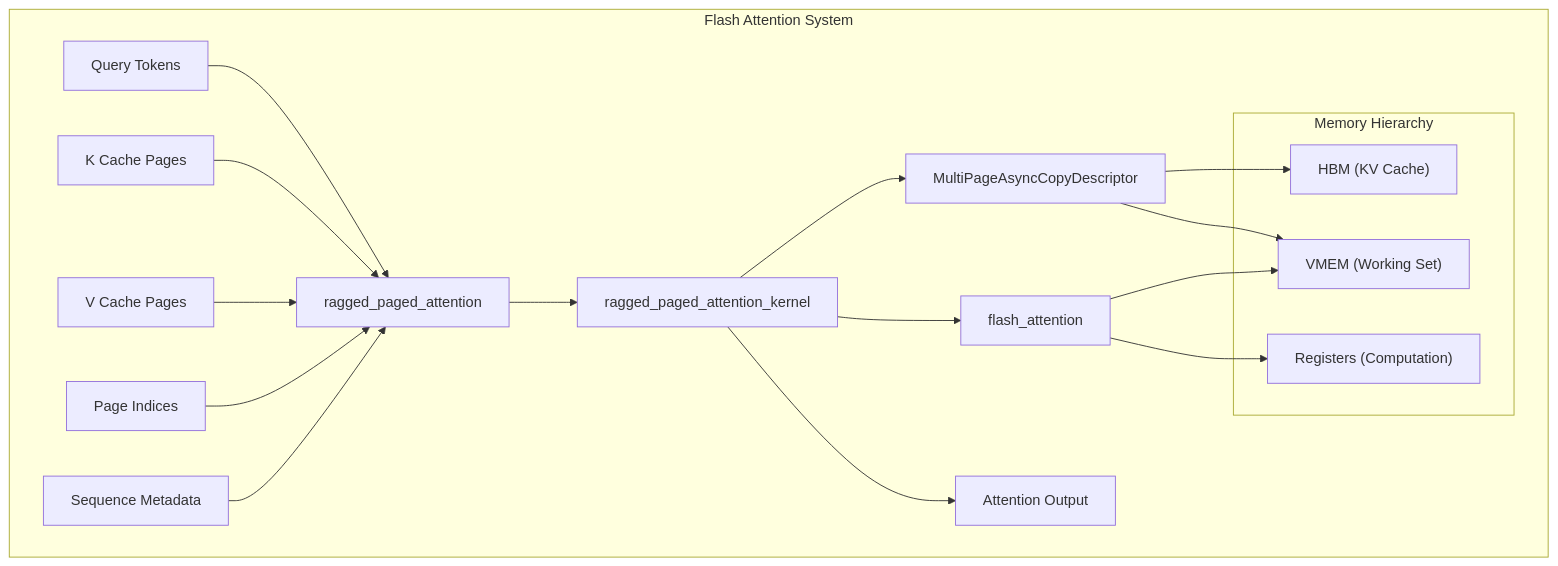
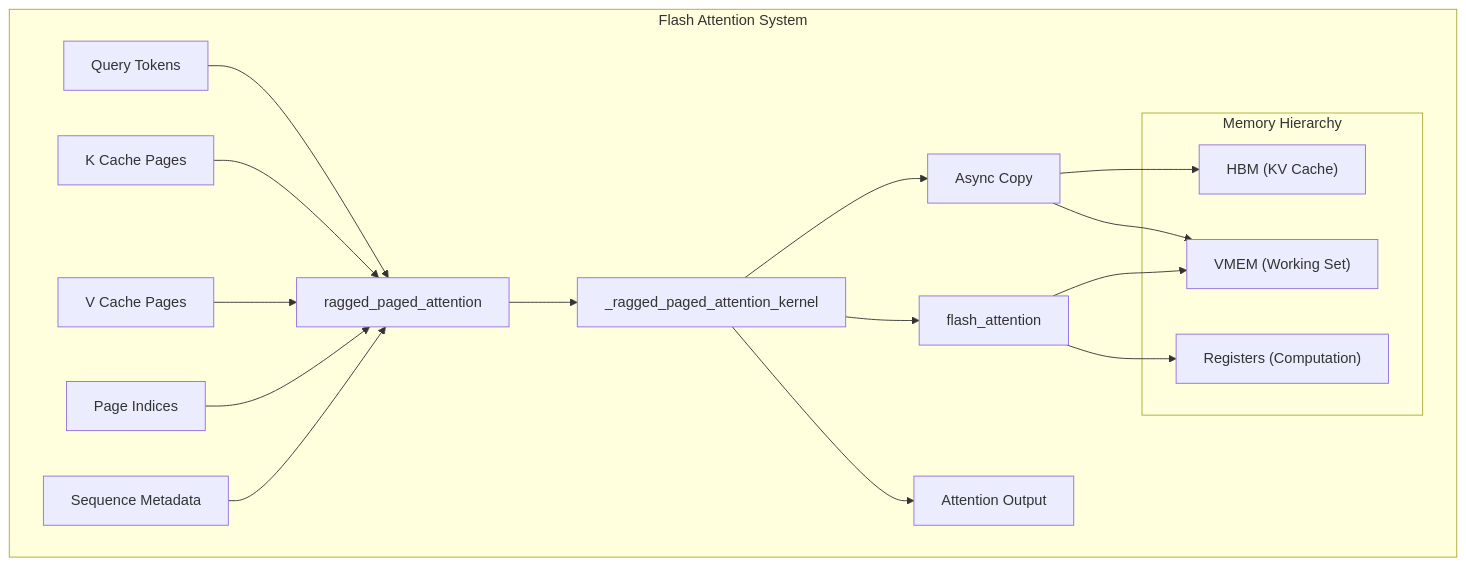
The diagram in docs/features/flash_attention_kernel.md (sgl-project/sglang-jax), drawn with Mermaid before and after one commit. The commit also changed other lines of this file, not shown here.

````diff
--- a/docs/features/flash_attention_kernel.md
+++ b/docs/features/flash_attention_kernel.md
@@ -34,28 +34,28 @@
 ```mermaid
 graph TD
     subgraph "Flash Attention System"
         A["Query Tokens"] --> B["ragged_paged_attention"]
         C["K Cache Pages"] --> B
         D["V Cache Pages"] --> B
         E["Page Indices"] --> B
         F["Sequence Metadata"] --> B
         
-        B --> G["ragged_paged_attention_kernel"]
+        B --> G["_ragged_paged_attention_kernel"]
         
-        G --> H["MultiPageAsyncCopyDescriptor"]
+        G --> H["Async Copy"]
         G --> I["flash_attention"]
         
         subgraph "Memory Hierarchy"
             J["HBM (KV Cache)"]
             K["VMEM (Working Set)"]
             L["Registers (Computation)"]
         end
         
         H --> J
         H --> K
         I --> K
         I --> L
         
         G --> M["Attention Output"]
     end
 ```
````
